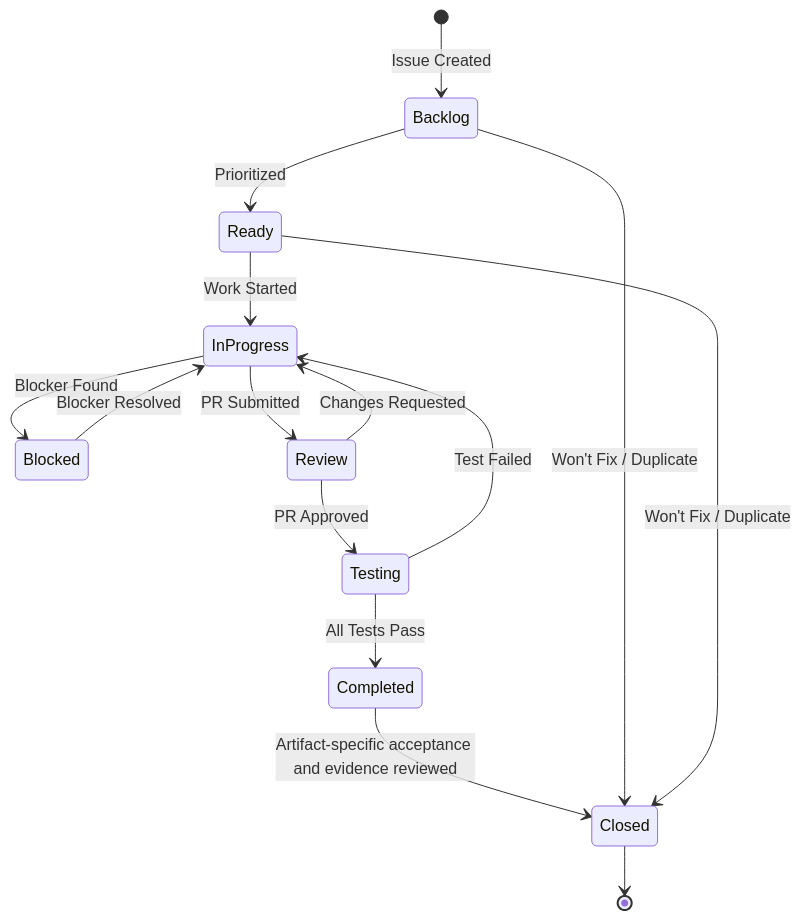
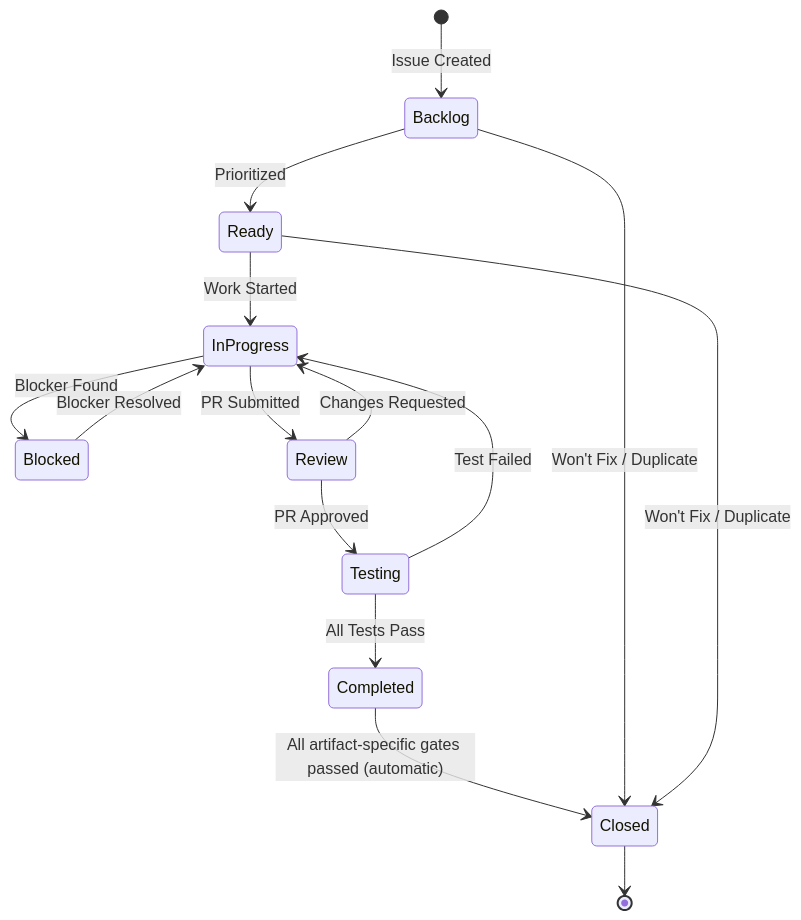
One commit to zarfld/IntelAvbFilter changed the diagram in docs/github-issue-workflow.md. Above: the diagram before and after it, drawn with Mermaid. The commit also changed other lines of this file and 5 other files, not shown here.

Commit message:
docs(governance): require automatic issue closure after applicable gates pass

````diff
--- a/docs/github-issue-workflow.md
+++ b/docs/github-issue-workflow.md
@@ -73,18 +73,18 @@
 ```mermaid
 stateDiagram-v2
     [*] --> Backlog: Issue Created
     Backlog --> Ready: Prioritized
     Ready --> InProgress: Work Started
     InProgress --> Blocked: Blocker Found
     Blocked --> InProgress: Blocker Resolved
     InProgress --> Review: PR Submitted
     Review --> InProgress: Changes Requested
     Review --> Testing: PR Approved
     Testing --> InProgress: Test Failed
     Testing --> Completed: All Tests Pass
-    Completed --> Closed: Artifact-specific acceptance and evidence reviewed
+    Completed --> Closed: All artifact-specific gates passed (automatic)
     Closed --> [*]
     
     Backlog --> Closed: Won't Fix / Duplicate
     Ready --> Closed: Won't Fix / Duplicate
 ```
````
